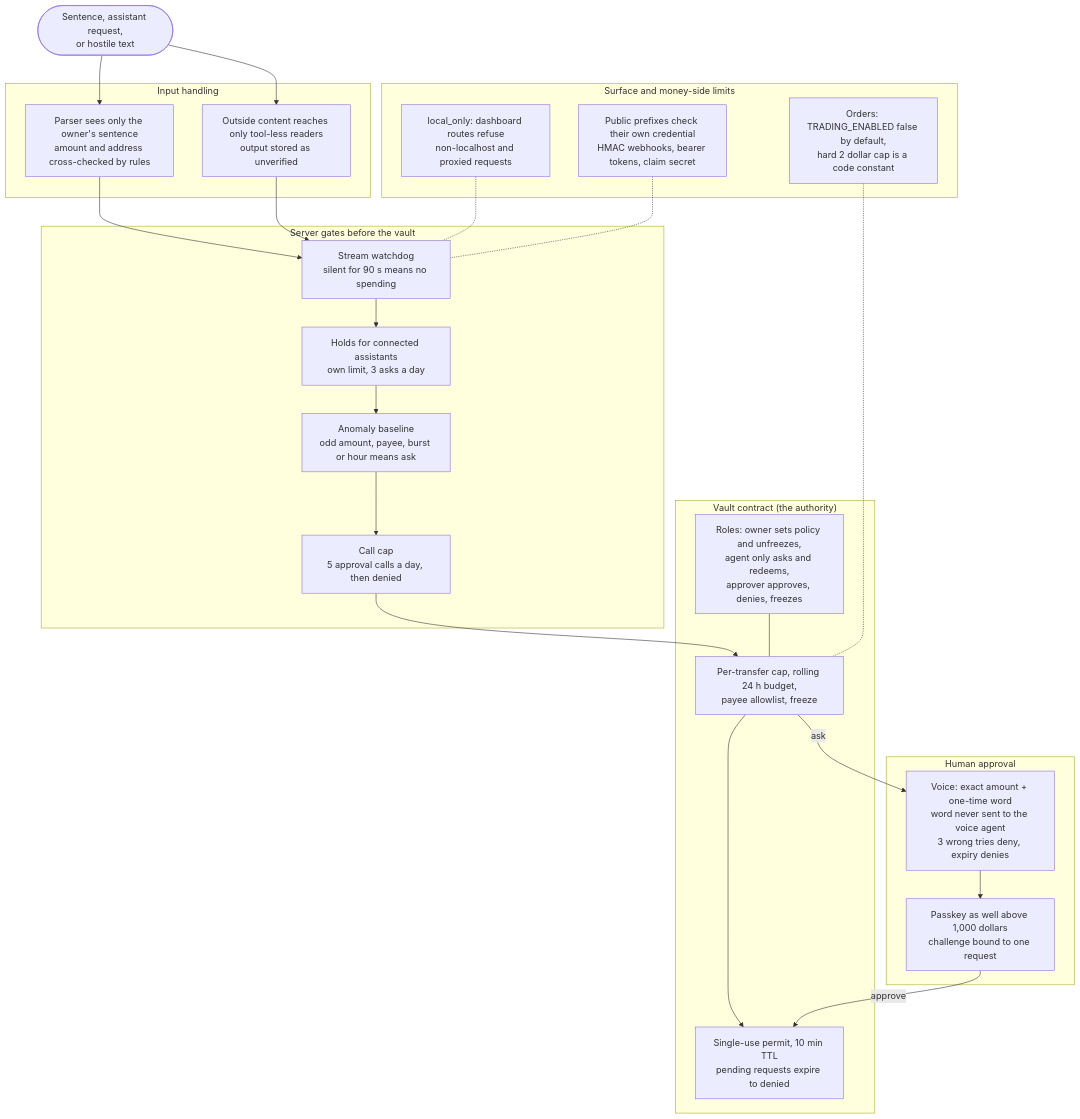
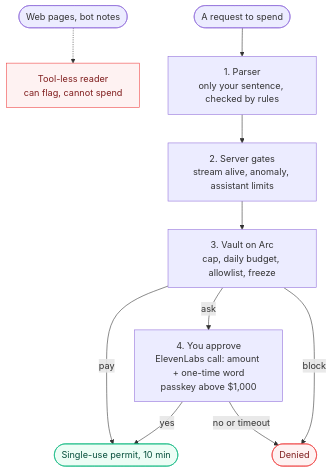
The third of 8 diagrams in docs/architecture.md (subatomic-hamster/switchboard), drawn with Mermaid before and after one commit. The commit also changed other lines of this file and 5 other files, not shown here.

Commit message:
README in the style of our Replay README: screenshots, rendered architecture and security diagrams; simpler diagrams

````diff
--- a/docs/architecture.md
+++ b/docs/architecture.md
@@ -146,47 +102,26 @@
 ```mermaid
 flowchart TB
-  src(["Sentence, assistant request,<br/>or hostile text"])
+  req(["A request to spend"])
+  web(["Web pages, bot notes"])
+  reader["Tool-less reader<br/>can flag, cannot spend"]
 
-  subgraph L1["Input handling"]
-    p1["Parser sees only the owner's sentence<br/>amount and address cross-checked by rules"]
-    p2["Outside content reaches only tool-less readers<br/>output stored as unverified"]
-  end
+  g1["1. Parser<br/>only your sentence, checked by rules"]
+  g2["2. Server gates<br/>stream alive, anomaly, assistant limits"]
+  g3["3. Vault on Arc<br/>cap, daily budget, allowlist, freeze"]
+  you["4. You approve<br/>ElevenLabs call: amount + one-time word<br/>passkey above $1,000"]
+  ok(["Single-use permit, 10 min"])
+  no(["Denied"])
 
-  subgraph L2["Server gates before the vault"]
-    s1["Stream watchdog<br/>silent for 90 s means no spending"]
-    s2["Holds for connected assistants<br/>own limit, 3 asks a day"]
-    s3["Anomaly baseline<br/>odd amount, payee, burst or hour means ask"]
-    s4["Call cap<br/>5 approval calls a day, then denied"]
-  end
+  req --> g1 --> g2 --> g3
+  g3 -- pay --> ok
+  g3 -- ask --> you
+  g3 -- block --> no
+  you -- yes --> ok
+  you -- "no or timeout" --> no
+  web -.-> reader
 
-  subgraph L3["Vault contract (the authority)"]
-    v1["Per-transfer cap, rolling 24 h budget,<br/>payee allowlist, freeze"]
-    v2["Roles: owner sets policy and unfreezes,<br/>agent only asks and redeems,<br/>approver approves, denies, freezes"]
-    v3["Single-use permit, 10 min TTL<br/>pending requests expire to denied"]
-  end
-
-  subgraph L4["Human approval"]
-    h1["Voice: exact amount + one-time word<br/>word never sent to the voice agent<br/>3 wrong tries deny, expiry denies"]
-    h2["Passkey as well above 1,000 dollars<br/>challenge bound to one request"]
-  end
-
-  subgraph L5["Surface and money-side limits"]
-    n1["local_only: dashboard routes refuse<br/>non-localhost and proxied requests"]
-    n2["Public prefixes check their own credential<br/>HMAC webhooks, bearer tokens, claim secret"]
-    n3["Orders: TRADING_ENABLED false by default,<br/>hard 2 dollar cap is a code constant"]
-  end
-
-  src --> p1
-  src --> p2
-  p1 --> s1
-  p2 --> s1
-  s1 --> s2 --> s3 --> s4 --> v1
-  v1 --> v3
-  v2 --- v1
-  v1 -- "ask" --> h1
-  h1 --> h2
-  h2 -- "approve" --> v3
-  n1 -.- s1
-  n2 -.- s1
-  n3 -.- v1
+  classDef good fill:#ecfdf5,stroke:#10b981,color:#064e3b
+  classDef bad fill:#fef2f2,stroke:#ef4444,color:#7f1d1d
+  class ok good
+  class no,reader bad
 ```
````
